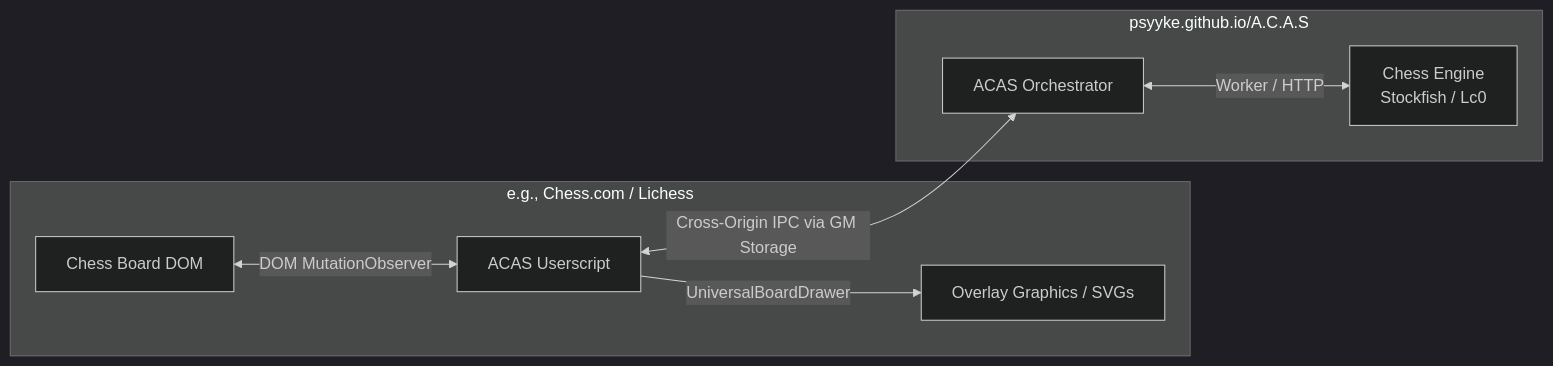
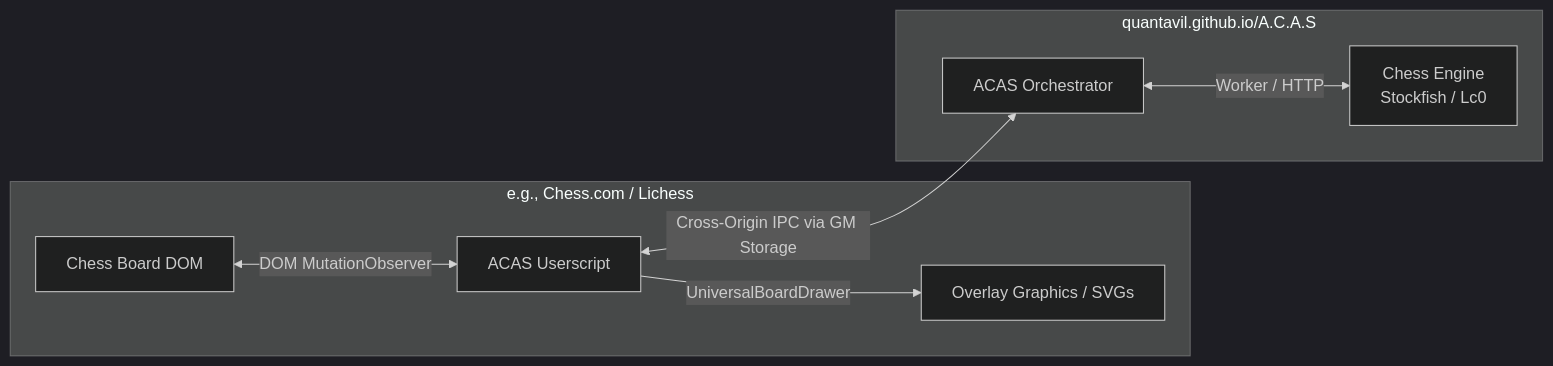
Before and after one commit to quantavil/userscript: the diagram in ACAS-bot/README.md, drawn with Mermaid (dark theme). The commit also changed other lines of this file and 1 other file, not shown here.

````diff
--- a/ACAS-bot/README.md
+++ b/ACAS-bot/README.md
@@ -11,13 +11,13 @@
 ```mermaid
 flowchart LR
     subgraph Browser Tab 1: Chess Site [e.g., Chess.com / Lichess]
         A[Chess Board DOM] <-->|DOM MutationObserver| B[ACAS Userscript]
         B -->|UniversalBoardDrawer| C[Overlay Graphics / SVGs]
     end
 
-    subgraph Browser Tab 2: ACAS GUI [psyyke.github.io/A.C.A.S]
+    subgraph Browser Tab 2: ACAS GUI [quantavil.github.io/A.C.A.S]
         F[ACAS Orchestrator] <-->|Worker / HTTP| G[Chess Engine \nStockfish / Lc0]
     end
 
     B <-->|Cross-Origin IPC via GM Storage| F
 ```
````
